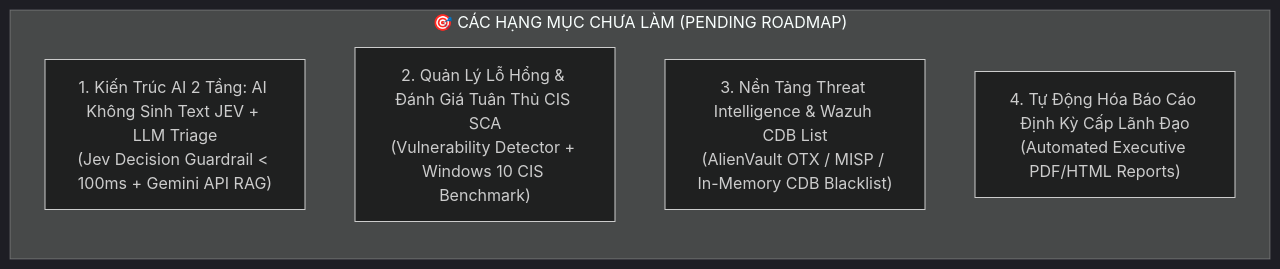
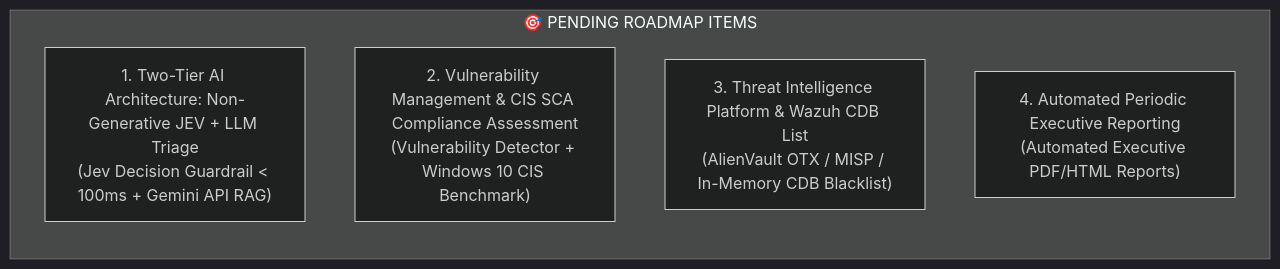
Before and after one commit to tofan0810/Wazuh-SOC-lab: the diagram in IMPROVEMENT_PLAN.md, drawn with Mermaid (dark theme). The commit also changed other lines of this file and 55 other files, not shown here.

````diff
--- a/IMPROVEMENT_PLAN.md
+++ b/IMPROVEMENT_PLAN.md
@@ -28,10 +28,10 @@
 ```mermaid
 flowchart TD
-    subgraph BACKLOG ["🎯 CÁC HẠNG MỤC CHƯA LÀM (PENDING ROADMAP)"]
+    subgraph BACKLOG ["🎯 PENDING ROADMAP ITEMS"]
         direction TB
-        B1["1. Kiến Trúc AI 2 Tầng: AI Không Sinh Text JEV + LLM Triage<br/>(Jev Decision Guardrail < 100ms + Gemini API RAG)"]
-        B2["2. Quản Lý Lỗ Hổng & Đánh Giá Tuân Thủ CIS SCA<br/>(Vulnerability Detector + Windows 10 CIS Benchmark)"]
-        B3["3. Nền Tảng Threat Intelligence & Wazuh CDB List<br/>(AlienVault OTX / MISP / In-Memory CDB Blacklist)"]
-        B4["4. Tự Động Hóa Báo Cáo Định Kỳ Cấp Lãnh Đạo<br/>(Automated Executive PDF/HTML Reports)"]
+        B1["1. Two-Tier AI Architecture: Non-Generative JEV + LLM Triage<br/>(Jev Decision Guardrail < 100ms + Gemini API RAG)"]
+        B2["2. Vulnerability Management & CIS SCA Compliance Assessment<br/>(Vulnerability Detector + Windows 10 CIS Benchmark)"]
+        B3["3. Threat Intelligence Platform & Wazuh CDB List<br/>(AlienVault OTX / MISP / In-Memory CDB Blacklist)"]
+        B4["4. Automated Periodic Executive Reporting<br/>(Automated Executive PDF/HTML Reports)"]
     end
 ```
````
